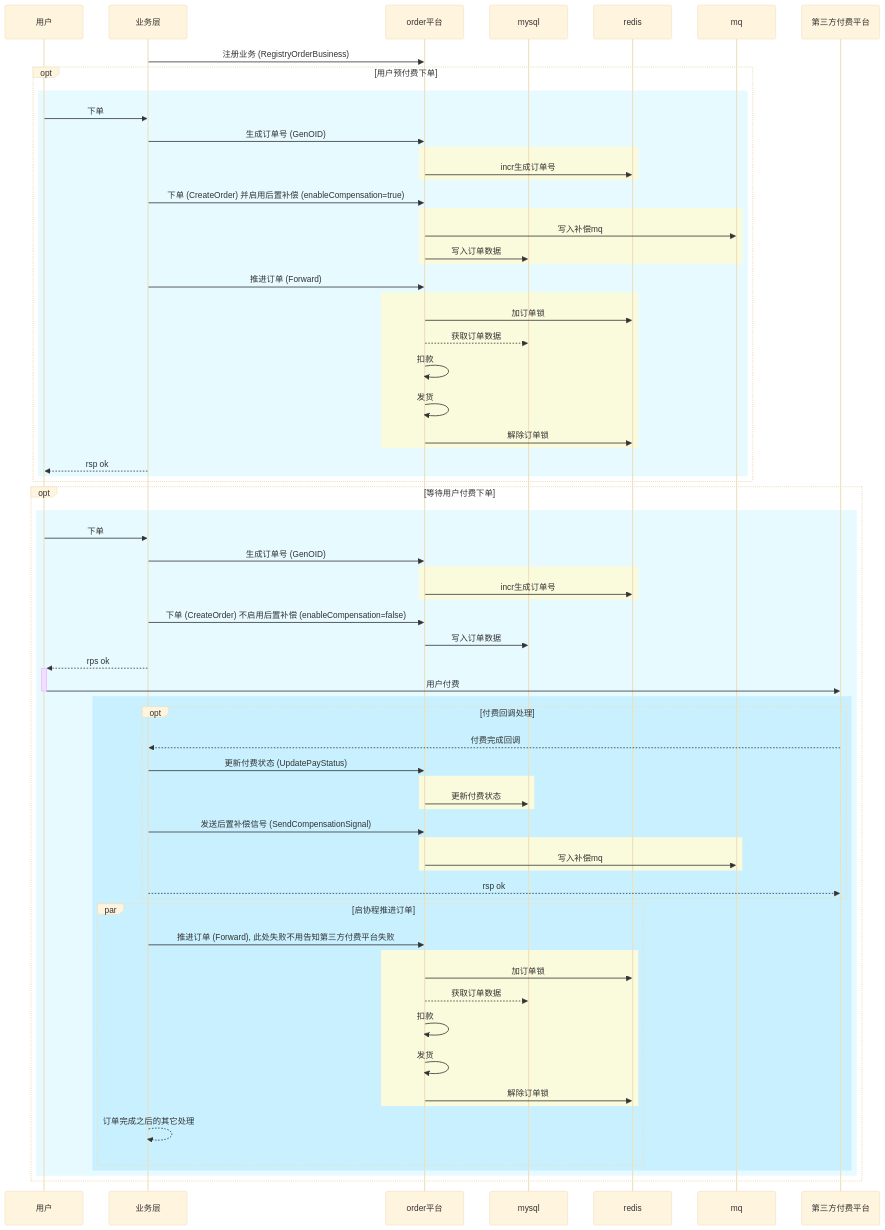
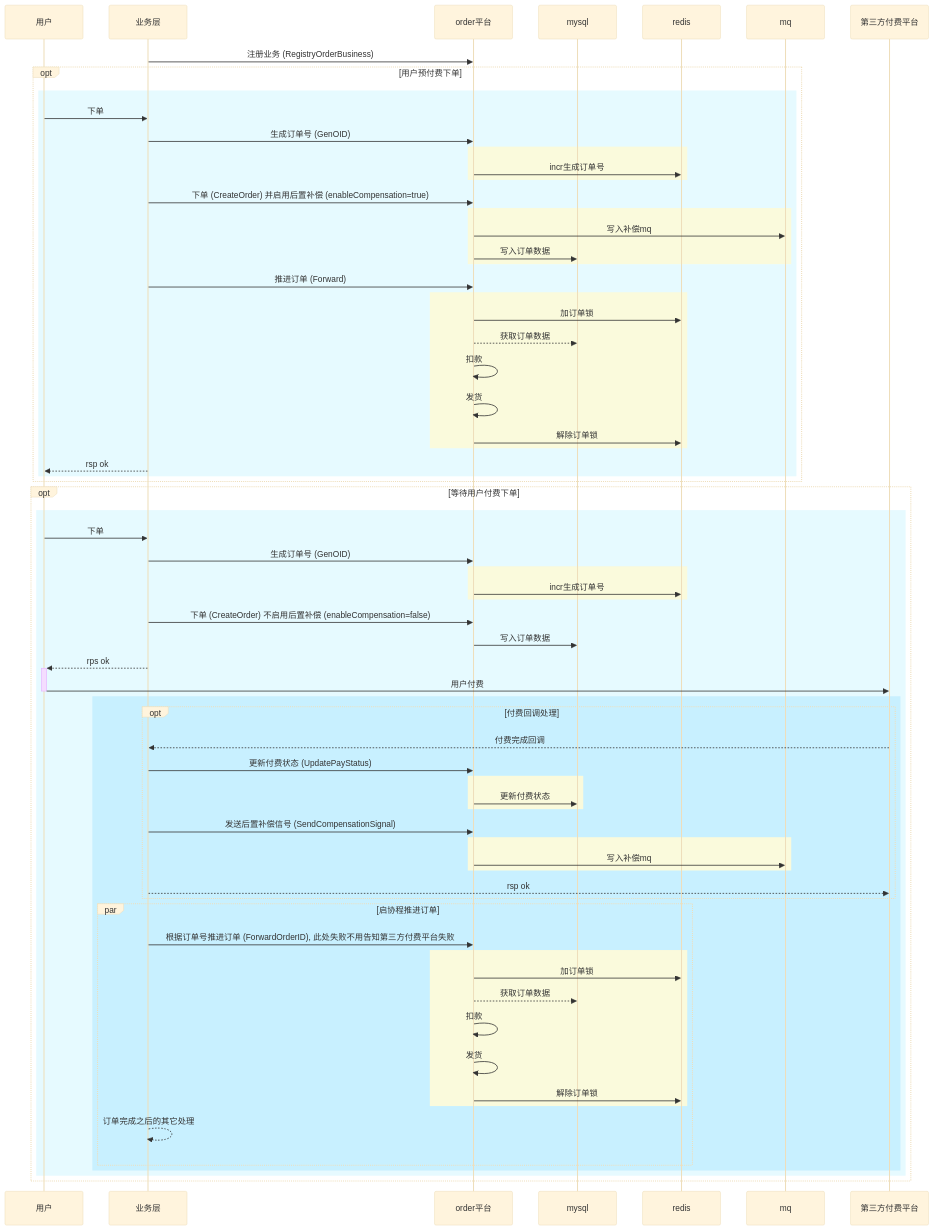
The second of 2 diagrams in readme.md (zlyuancn/order), drawn with Mermaid (base theme) before and after one commit. The commit also changed other lines of this file and 2 other files, not shown here.

Commit message:
减少一次io

```diff
--- a/readme.md
+++ b/readme.md
@@ -165,7 +165,7 @@
 end
 
 par 启协程推进订单
-a ->> b: 推进订单 (Forward), 此处失败不用告知第三方付费平台失败
+a ->> b: 根据订单号推进订单 (ForwardOrderID), 此处失败不用告知第三方付费平台失败
     rect rgb(250, 250, 220)
     b ->> d: 加订单锁
     b -->> c: 获取订单数据
```
